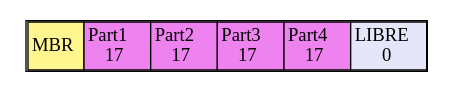
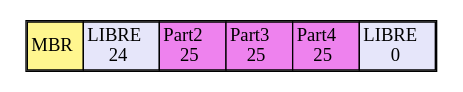
The diagram in Proyecto/cmake-build-debug/disk.dot (diegomazariegos2002/_MIA1S2023_PROYECTO1), drawn with Graphviz before and after one commit. The commit also changed 24 other files, not shown here.

```diff
--- a/Proyecto/cmake-build-debug/disk.dot
+++ b/Proyecto/cmake-build-debug/disk.dot
@@ -1,5 +1,5 @@
 digraph G {
 node[shape=none]
-start[label=<<table CELLSPACING="0"><tr><td bgcolor="khaki1" rowspan="2">MBR</td><td bgcolor="violet" rowspan="2">Part1 <br/>17</td><td bgcolor="violet" rowspan="2">Part2 <br/>17</td><td bgcolor="violet" rowspan="2">Part3 <br/>17</td><td bgcolor="violet" rowspan="2">Part4 <br/>17</td><td bgcolor="lavender" rowspan="2">LIBRE <br/>0</td></tr>
+start[label=<<table CELLSPACING="0"><tr><td bgcolor="khaki1" rowspan="2">MBR</td><td bgcolor="lavender" rowspan="2">LIBRE <br/>24</td><td bgcolor="violet" rowspan="2">Part2 <br/>25</td><td bgcolor="violet" rowspan="2">Part3 <br/>25</td><td bgcolor="violet" rowspan="2">Part4 <br/>25</td><td bgcolor="lavender" rowspan="2">LIBRE <br/>0</td></tr>
 </table>>];
 }
```
